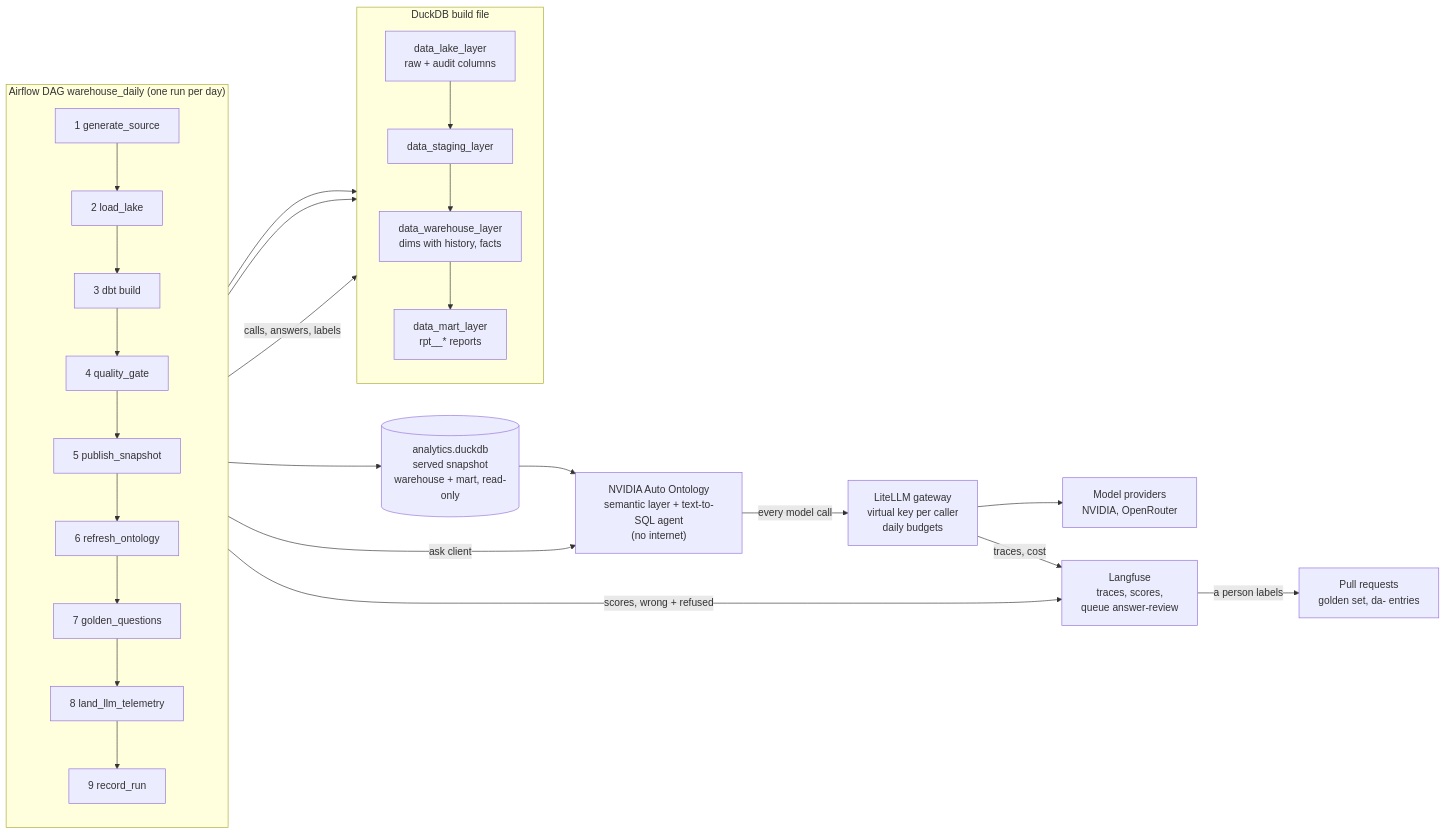
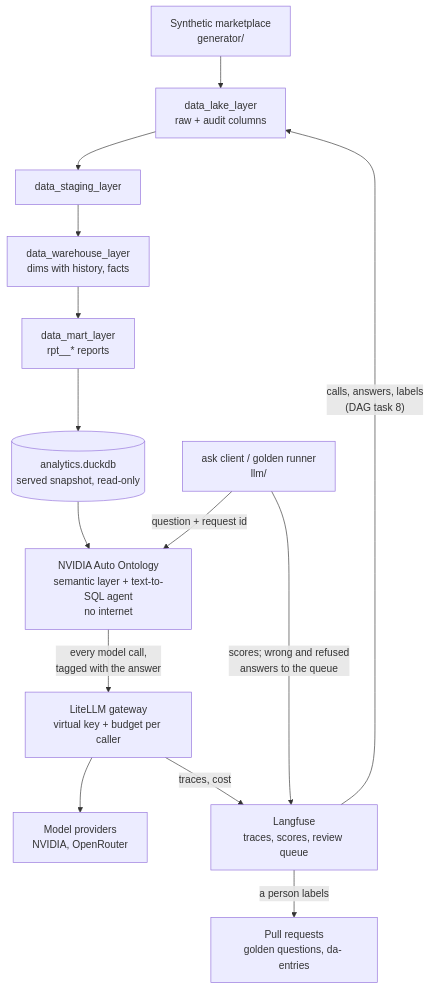
The first of 2 diagrams in README.md (fiqryrev/project-agentic-data-warehouse), drawn with Mermaid before and after one commit. The commit also changed other lines of this file, not shown here.

Commit message:
docs: README architecture diagram top to bottom, DAG tasks as a list

````diff
--- a/README.md
+++ b/README.md
@@ -33,32 +33,14 @@
 ```mermaid
-flowchart LR
-    subgraph AF["Airflow DAG warehouse_daily (one run per day)"]
-        direction TB
-        G["1 generate_source"] --> L["2 load_lake"] --> D["3 dbt build"] --> Q["4 quality_gate"]
-        Q --> P["5 publish_snapshot"] --> R["6 refresh_ontology"] --> GQ["7 golden_questions"]
-        GQ --> T["8 land_llm_telemetry"] --> RR["9 record_run"]
-    end
-
-    subgraph DW["DuckDB build file"]
-        direction TB
-        LK["data_lake_layer<br/>raw + audit columns"] --> ST["data_staging_layer"] --> WH["data_warehouse_layer<br/>dims with history, facts"] --> MT["data_mart_layer<br/>rpt__* reports"]
-    end
-
-    SNAP[("analytics.duckdb<br/>served snapshot<br/>warehouse + mart, read-only")]
-    AO["NVIDIA Auto Ontology<br/>semantic layer + text-to-SQL agent<br/>(no internet)"]
-    GW["LiteLLM gateway<br/>virtual key per caller<br/>daily budgets"]
-    PROV["Model providers<br/>NVIDIA, OpenRouter"]
-    LF["Langfuse<br/>traces, scores,<br/>queue answer-review"]
-    PR["Pull requests<br/>golden set, da- entries"]
-
-    L --> LK
-    D --> ST
-    P --> SNAP
-    SNAP --> AO
-    GQ -- "ask client" --> AO
-    AO -- "every model call" --> GW --> PROV
-    GW -- "traces, cost" --> LF
-    GQ -- "scores, wrong + refused" --> LF
-    LF -- "a person labels" --> PR
-    T -- "calls, answers, labels" --> LK
+flowchart TB
+    GEN["Synthetic marketplace<br/>generator/"] --> LAKE["data_lake_layer<br/>raw + audit columns"]
+    LAKE --> STG["data_staging_layer"] --> WH["data_warehouse_layer<br/>dims with history, facts"] --> MART["data_mart_layer<br/>rpt__* reports"]
+    MART --> SNAP[("analytics.duckdb<br/>served snapshot, read-only")]
+    SNAP --> AO["NVIDIA Auto Ontology<br/>semantic layer + text-to-SQL agent<br/>no internet"]
+    ASK["ask client / golden runner<br/>llm/"] -- "question + request id" --> AO
+    AO -- "every model call,<br/>tagged with the answer" --> GW["LiteLLM gateway<br/>virtual key + budget per caller"]
+    GW --> PROV["Model providers<br/>NVIDIA, OpenRouter"]
+    GW -- "traces, cost" --> LF["Langfuse<br/>traces, scores, review queue"]
+    ASK -- "scores; wrong and refused<br/>answers to the queue" --> LF
+    LF -- "a person labels" --> PRS["Pull requests<br/>golden questions, da- entries"]
+    LF -- "calls, answers, labels<br/>(DAG task 8)" --> LAKE
 ```
````
